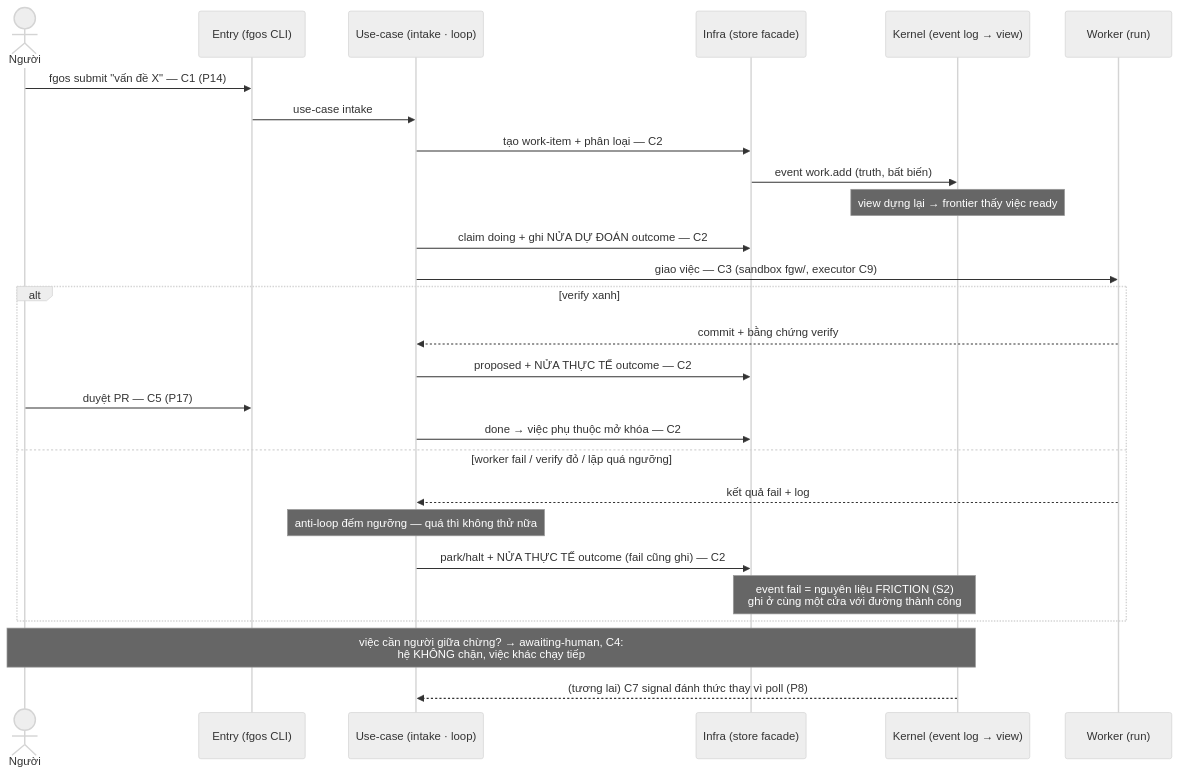
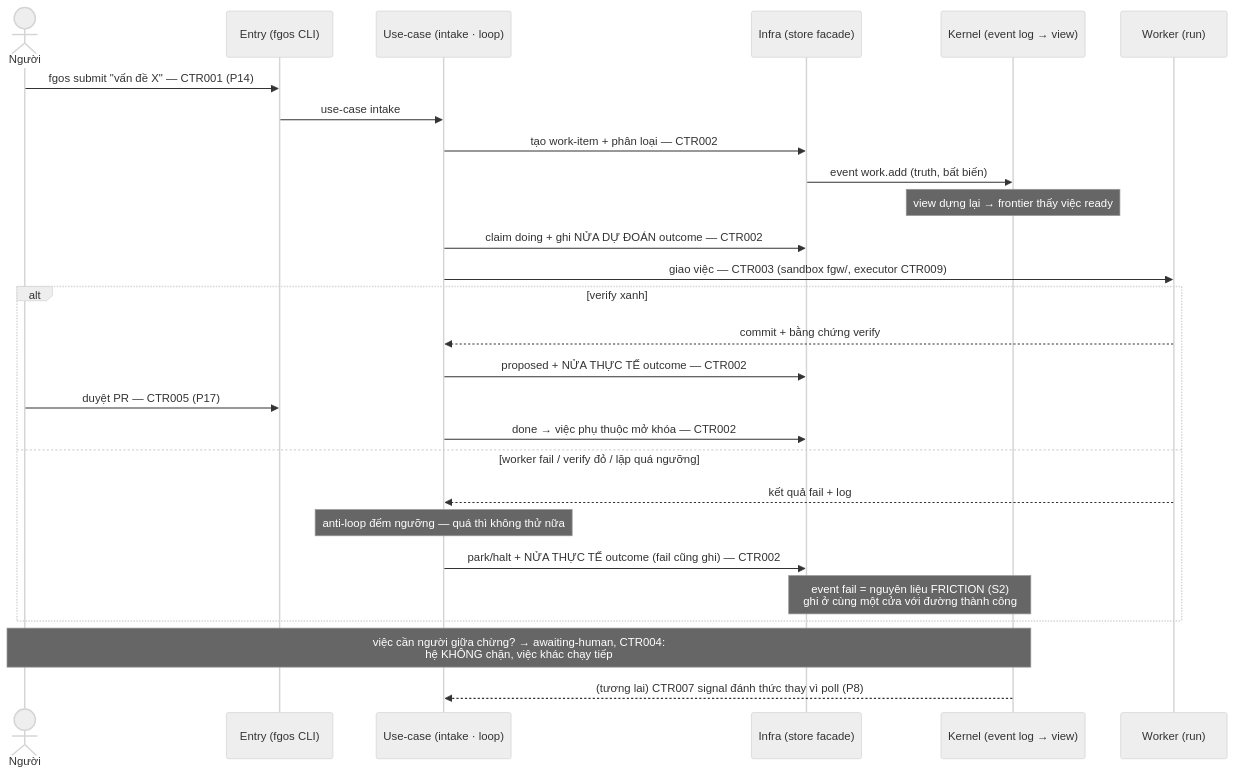
The fifth of 5 diagrams in docs/architecture-map.md (vantt/forgent), drawn with Mermaid (neutral theme) before and after one commit. The commit also changed other lines of this file and 2 other files, not shown here.

First line of the commit message:
docs(architecture-map): rename C1-C9 contract IDs to CTR001-CTR009

````diff
--- a/docs/architecture-map.md
+++ b/docs/architecture-map.md
@@ -378,30 +391,30 @@
 ```mermaid
 sequenceDiagram
     actor H as Người
     participant E as Entry (fgos CLI)
     participant U as Use-case (intake · loop)
     participant S as Infra (store facade)
     participant K as Kernel (event log → view)
     participant W as Worker (run)
 
-    H->>E: fgos submit "vấn đề X" — C1 (P14)
+    H->>E: fgos submit "vấn đề X" — CTR001 (P14)
     E->>U: use-case intake
-    U->>S: tạo work-item + phân loại — C2
+    U->>S: tạo work-item + phân loại — CTR002
     S->>K: event work.add (truth, bất biến)
     Note over K: view dựng lại → frontier thấy việc ready
-    U->>S: claim doing + ghi NỬA DỰ ĐOÁN outcome — C2
-    U->>W: giao việc — C3 (sandbox fgw/, executor C9)
+    U->>S: claim doing + ghi NỬA DỰ ĐOÁN outcome — CTR002
+    U->>W: giao việc — CTR003 (sandbox fgw/, executor CTR009)
     alt verify xanh
         W-->>U: commit + bằng chứng verify
-        U->>S: proposed + NỬA THỰC TẾ outcome — C2
-        H->>E: duyệt PR — C5 (P17)
-        U->>S: done → việc phụ thuộc mở khóa — C2
+        U->>S: proposed + NỬA THỰC TẾ outcome — CTR002
+        H->>E: duyệt PR — CTR005 (P17)
+        U->>S: done → việc phụ thuộc mở khóa — CTR002
     else worker fail / verify đỏ / lặp quá ngưỡng
         W-->>U: kết quả fail + log
         Note over U: anti-loop đếm ngưỡng — quá thì không thử nữa
-        U->>S: park/halt + NỬA THỰC TẾ outcome (fail cũng ghi) — C2
+        U->>S: park/halt + NỬA THỰC TẾ outcome (fail cũng ghi) — CTR002
         Note over S,K: event fail = nguyên liệu FRICTION (S2)<br/>ghi ở cùng một cửa với đường thành công
     end
-    Note over H,K: việc cần người giữa chừng? → awaiting-human, C4:<br/>hệ KHÔNG chặn, việc khác chạy tiếp
-    K-->>U: (tương lai) C7 signal đánh thức thay vì poll (P8)
+    Note over H,K: việc cần người giữa chừng? → awaiting-human, CTR004:<br/>hệ KHÔNG chặn, việc khác chạy tiếp
+    K-->>U: (tương lai) CTR007 signal đánh thức thay vì poll (P8)
 ```
````
